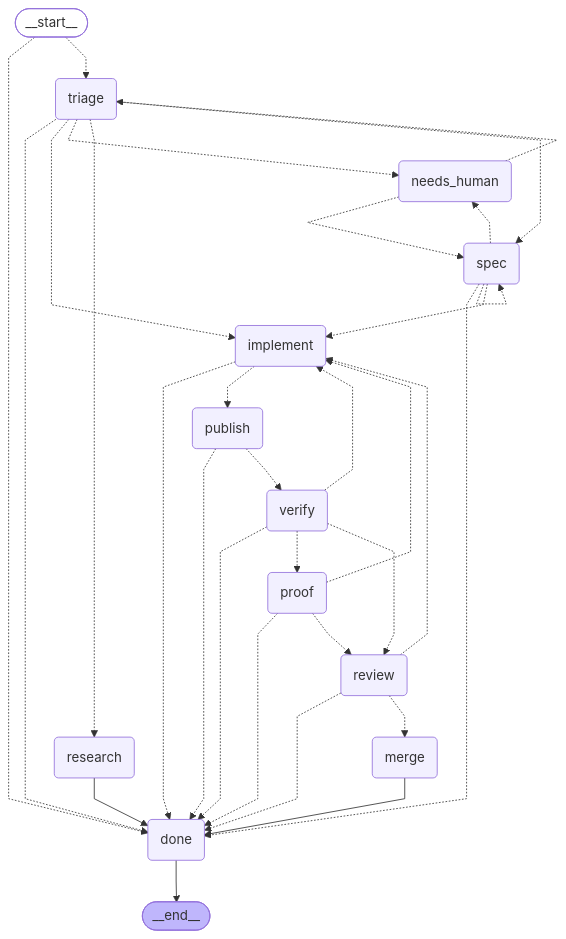
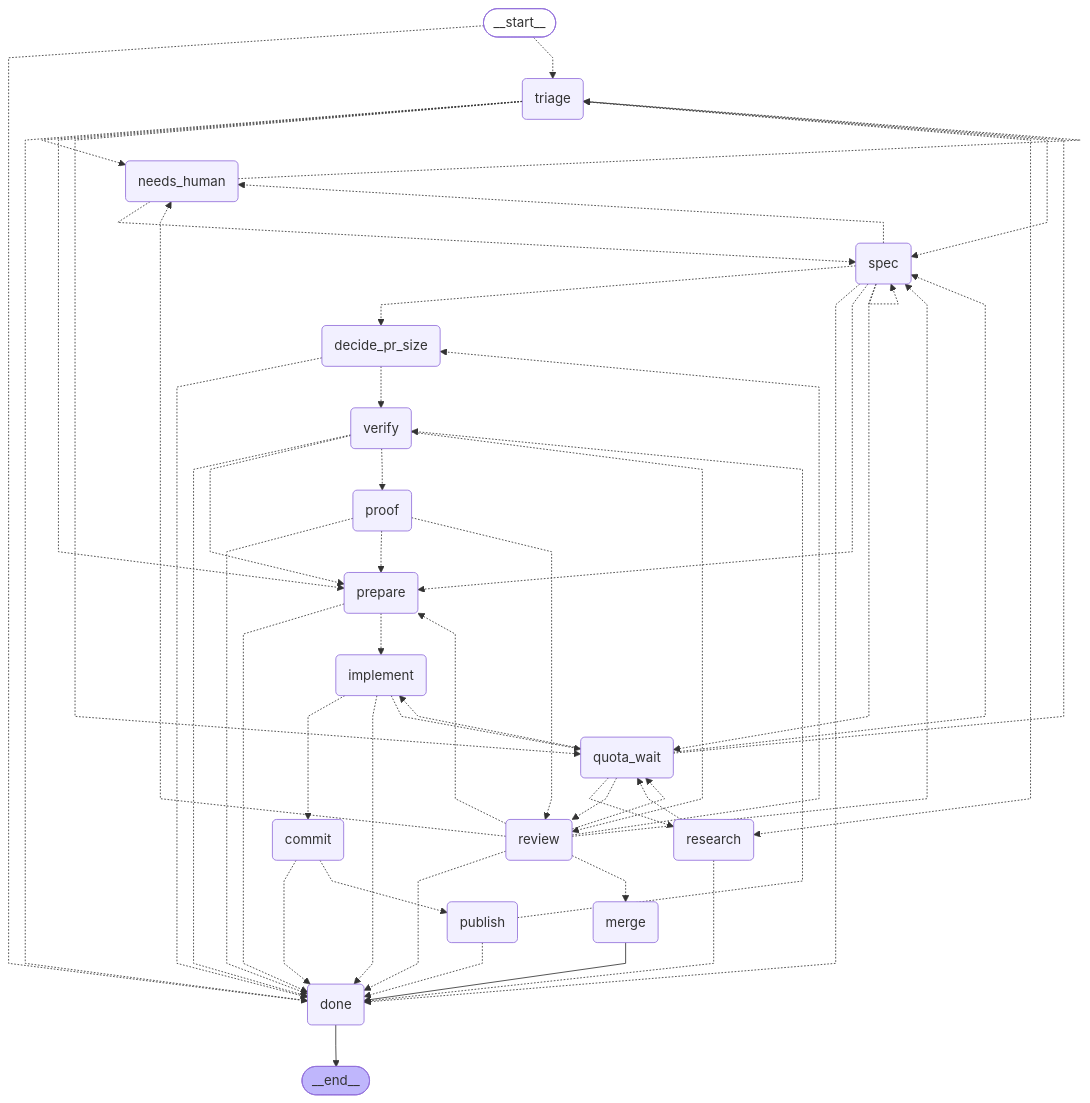
One commit to bookout-labs/tools changed the diagram in README.md. Above: the diagram before and after it, drawn with Mermaid. The commit also changed other lines of this file and 14 other files, not shown here.

````diff
--- a/README.md
+++ b/README.md
@@ -9,55 +9,79 @@
 ```mermaid
 ---
 config:
   flowchart:
     curve: linear
 ---
 graph TD;
 	__start__([<p>__start__</p>]):::first
 	triage(triage)
 	research(research)
 	spec(spec)
 	implement(implement)
 	verify(verify)
 	review(review)
+	prepare(prepare)
+	commit(commit)
 	publish(publish)
 	proof(proof)
 	needs_human(needs_human)
+	quota_wait(quota_wait)
+	decide_pr_size(decide_pr_size)
 	merge(merge)
 	done(done)
 	__end__([<p>__end__</p>]):::last
 	__start__ -.-> done;
 	__start__ -.-> triage;
+	commit -.-> done;
+	commit -.-> publish;
+	decide_pr_size -.-> done;
+	decide_pr_size -.-> verify;
+	implement -.-> commit;
 	implement -.-> done;
-	implement -.-> publish;
+	implement -.-> quota_wait;
 	merge --> done;
 	needs_human -.-> spec;
 	needs_human -.-> triage;
+	prepare -.-> done;
+	prepare -.-> implement;
 	proof -.-> done;
-	proof -.-> implement;
+	proof -.-> prepare;
 	proof -.-> review;
 	publish -.-> done;
 	publish -.-> verify;
-	research --> done;
+	quota_wait -.-> implement;
+	quota_wait -.-> research;
+	quota_wait -.-> review;
+	quota_wait -.-> spec;
+	quota_wait -.-> triage;
+	research -.-> done;
+	research -.-> quota_wait;
+	review -.-> decide_pr_size;
 	review -.-> done;
-	review -.-> implement;
 	review -.-> merge;
+	review -.-> needs_human;
+	review -.-> prepare;
+	review -.-> quota_wait;
+	review -.-> spec;
+	spec -.-> decide_pr_size;
 	spec -.-> done;
-	spec -.-> implement;
 	spec -.-> needs_human;
+	spec -.-> prepare;
+	spec -.-> quota_wait;
 	triage -.-> done;
-	triage -.-> implement;
 	triage -.-> needs_human;
+	triage -.-> prepare;
+	triage -.-> quota_wait;
 	triage -.-> research;
 	triage -.-> spec;
-	spec -.-> spec;
 	verify -.-> done;
-	verify -.-> implement;
+	verify -.-> prepare;
 	verify -.-> proof;
 	verify -.-> review;
 	done --> __end__;
+	spec -.-> spec;
 	classDef default fill:#f2f0ff,line-height:1.2
 	classDef first fill-opacity:0
 	classDef last fill:#bfb6fc
 
 ```
````
